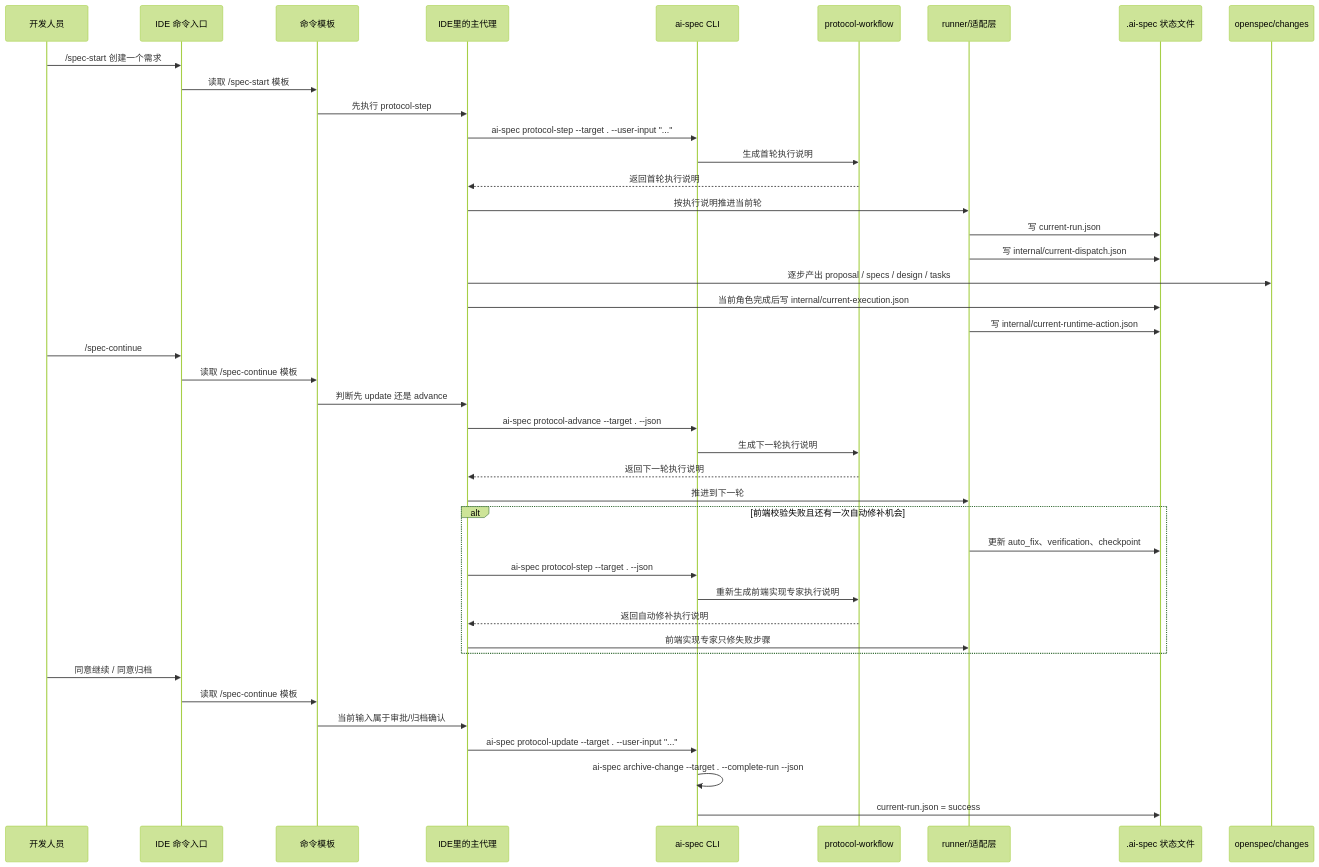
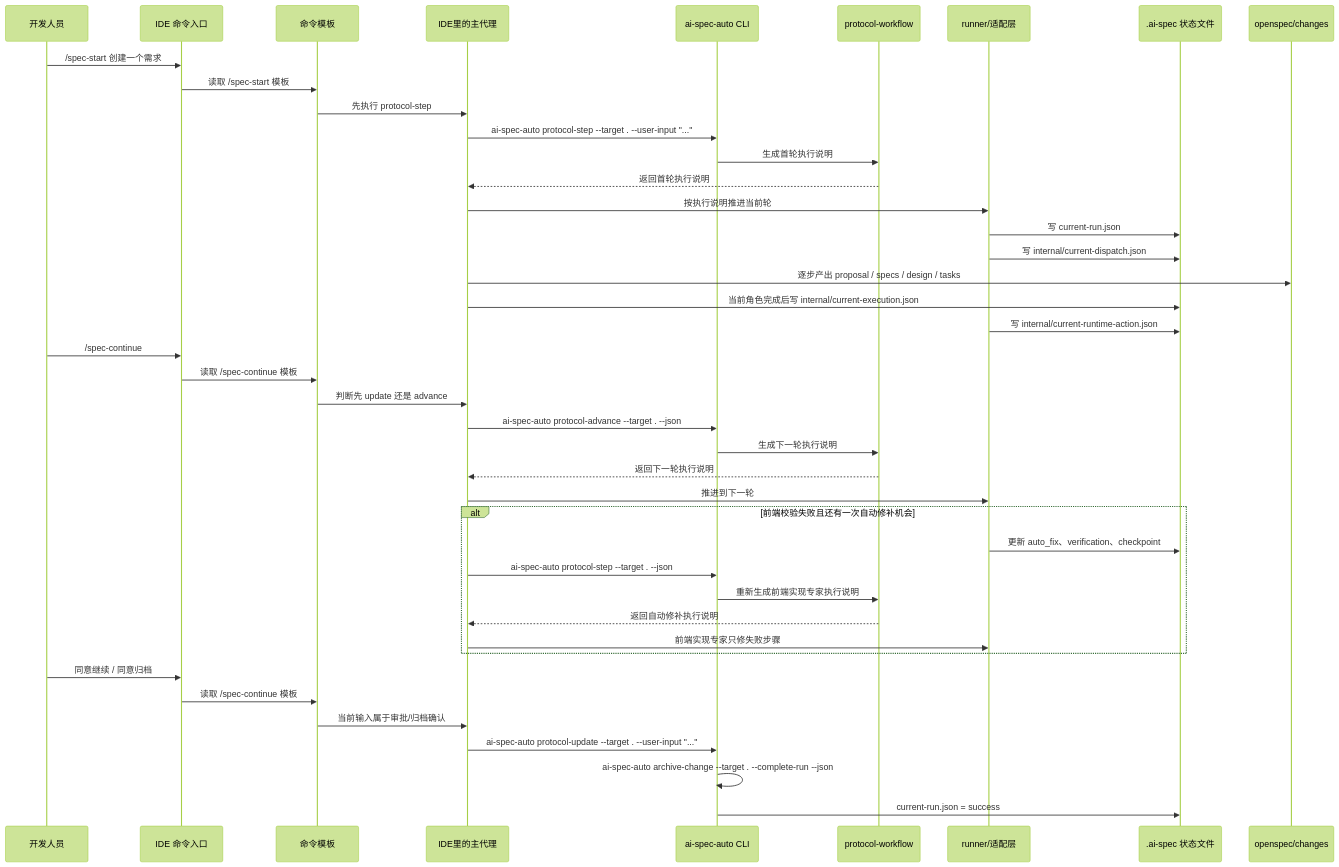
Before and after one commit to Colouful/br-ai-spec: the third of 7 diagrams in docs/paser_three/开发人员规范化开发实践-流程图版.md, drawn with Mermaid (forest theme). The commit also changed other lines of this file and 92 other files, not shown here.

````diff
--- a/docs/paser_three/开发人员规范化开发实践-流程图版.md
+++ b/docs/paser_three/开发人员规范化开发实践-流程图版.md
@@ -159,48 +159,48 @@
 ```mermaid
 sequenceDiagram
     participant Dev as 开发人员
     participant IDE as IDE 命令入口
     participant Cmd as 命令模板
     participant Agent as IDE里的主代理
-    participant CLI as ai-spec CLI
+    participant CLI as ai-spec-auto CLI
     participant Flow as protocol-workflow
     participant Runner as runner/适配层
     participant State as .ai-spec 状态文件
     participant Change as openspec/changes
 
     Dev->>IDE: /spec-start 创建一个需求
     IDE->>Cmd: 读取 /spec-start 模板
     Cmd->>Agent: 先执行 protocol-step
-    Agent->>CLI: ai-spec protocol-step --target . --user-input "..."
+    Agent->>CLI: ai-spec-auto protocol-step --target . --user-input "..."
     CLI->>Flow: 生成首轮执行说明
     Flow-->>Agent: 返回首轮执行说明
     Agent->>Runner: 按执行说明推进当前轮
     Runner->>State: 写 current-run.json
     Runner->>State: 写 internal/current-dispatch.json
     Agent->>Change: 逐步产出 proposal / specs / design / tasks
     Agent->>State: 当前角色完成后写 internal/current-execution.json
     Runner->>State: 写 internal/current-runtime-action.json
 
     Dev->>IDE: /spec-continue
     IDE->>Cmd: 读取 /spec-continue 模板
     Cmd->>Agent: 判断先 update 还是 advance
-    Agent->>CLI: ai-spec protocol-advance --target . --json
+    Agent->>CLI: ai-spec-auto protocol-advance --target . --json
     CLI->>Flow: 生成下一轮执行说明
     Flow-->>Agent: 返回下一轮执行说明
     Agent->>Runner: 推进到下一轮
 
     alt 前端校验失败且还有一次自动修补机会
         Runner->>State: 更新 auto_fix、verification、checkpoint
-        Agent->>CLI: ai-spec protocol-step --target . --json
+        Agent->>CLI: ai-spec-auto protocol-step --target . --json
         CLI->>Flow: 重新生成前端实现专家执行说明
         Flow-->>Agent: 返回自动修补执行说明
         Agent->>Runner: 前端实现专家只修失败步骤
     end
 
     Dev->>IDE: 同意继续 / 同意归档
     IDE->>Cmd: 读取 /spec-continue 模板
     Cmd->>Agent: 当前输入属于审批/归档确认
-    Agent->>CLI: ai-spec protocol-update --target . --user-input "..."
-    CLI->>CLI: ai-spec archive-change --target . --complete-run --json
+    Agent->>CLI: ai-spec-auto protocol-update --target . --user-input "..."
+    CLI->>CLI: ai-spec-auto archive-change --target . --complete-run --json
     CLI->>State: current-run.json = success
 ```
````
